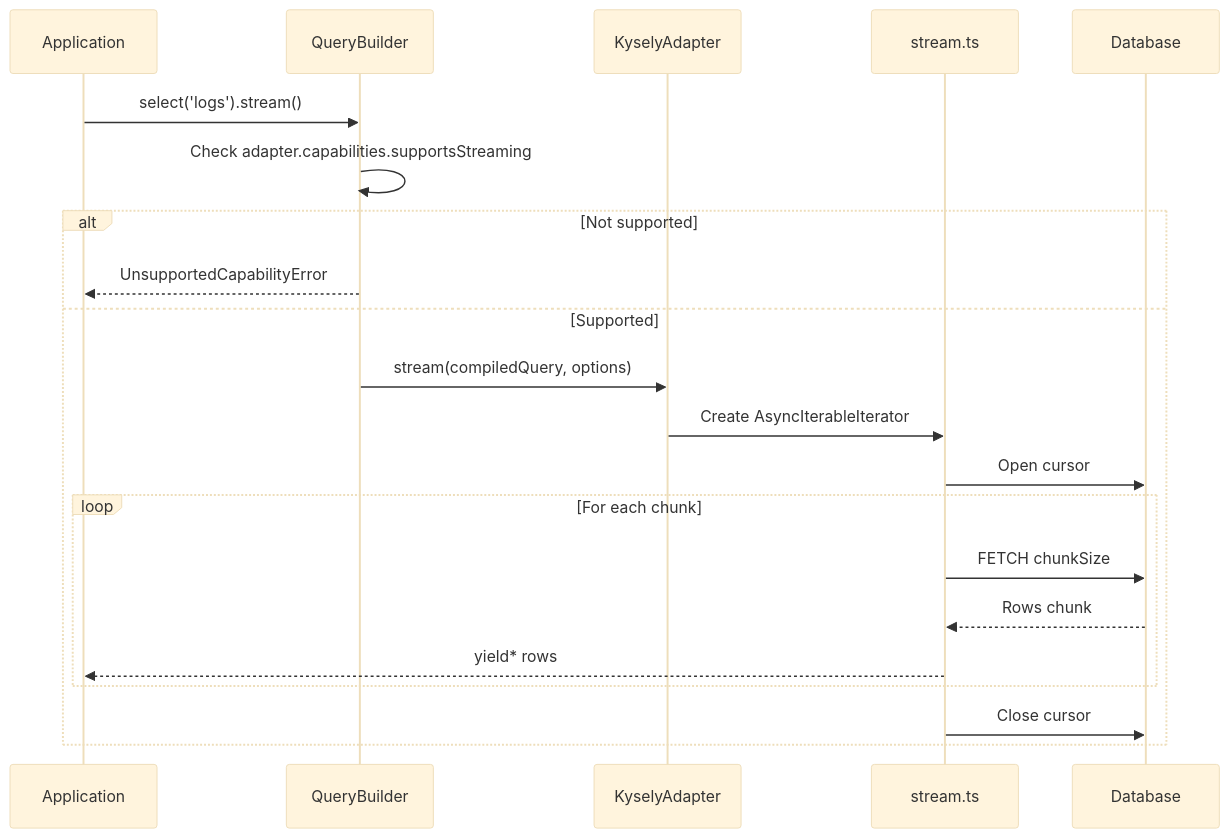
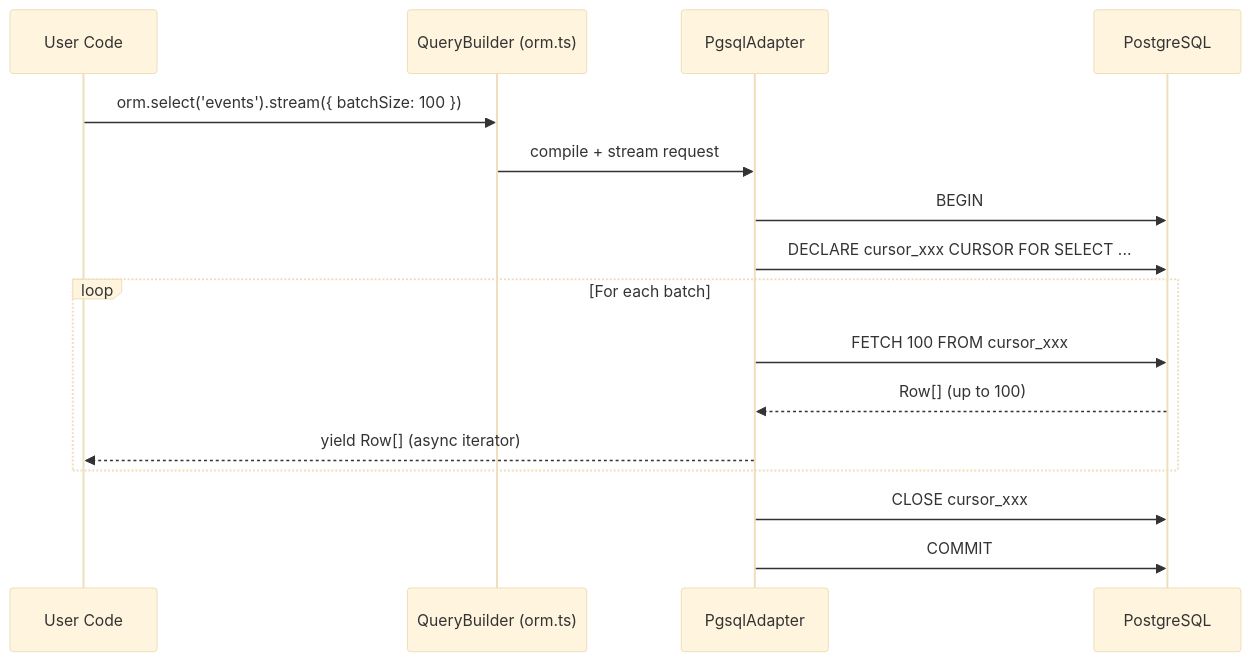
The sixth of 6 diagrams in docs/audit/DATA-FLOWS.md (oorabona/db-semantic-planner), drawn with Mermaid (base theme) before and after one commit. The commit also changed other lines of this file and 13 other files, not shown here.

````diff
--- a/docs/audit/DATA-FLOWS.md
+++ b/docs/audit/DATA-FLOWS.md
@@ -217,24 +313,19 @@
 ```mermaid
 sequenceDiagram
-    participant App as Application
-    participant QB as QueryBuilder
-    participant K as KyselyAdapter
-    participant S as stream.ts
-    participant DB as Database
+    participant U as User Code
+    participant QB as QueryBuilder (orm.ts)
+    participant A as PgsqlAdapter
+    participant PG as PostgreSQL
 
-    App->>QB: select('logs').stream()
-    QB->>QB: Check adapter.capabilities.supportsStreaming
-    alt Not supported
-        QB-->>App: UnsupportedCapabilityError
-    else Supported
-        QB->>K: stream(compiledQuery, options)
-        K->>S: Create AsyncIterableIterator
-        S->>DB: Open cursor
-        loop For each chunk
-            S->>DB: FETCH chunkSize
-            DB-->>S: Rows chunk
-            S-->>App: yield* rows
-        end
-        S->>DB: Close cursor
+    U->>QB: orm.select('events').stream({ batchSize: 100 })
+    QB->>A: compile + stream request
+    A->>PG: BEGIN
+    A->>PG: DECLARE cursor_xxx CURSOR FOR SELECT ...
+    loop For each batch
+        A->>PG: FETCH 100 FROM cursor_xxx
+        PG-->>A: Row[] (up to 100)
+        A-->>U: yield Row[] (async iterator)
     end
+    A->>PG: CLOSE cursor_xxx
+    A->>PG: COMMIT
 ```
````
